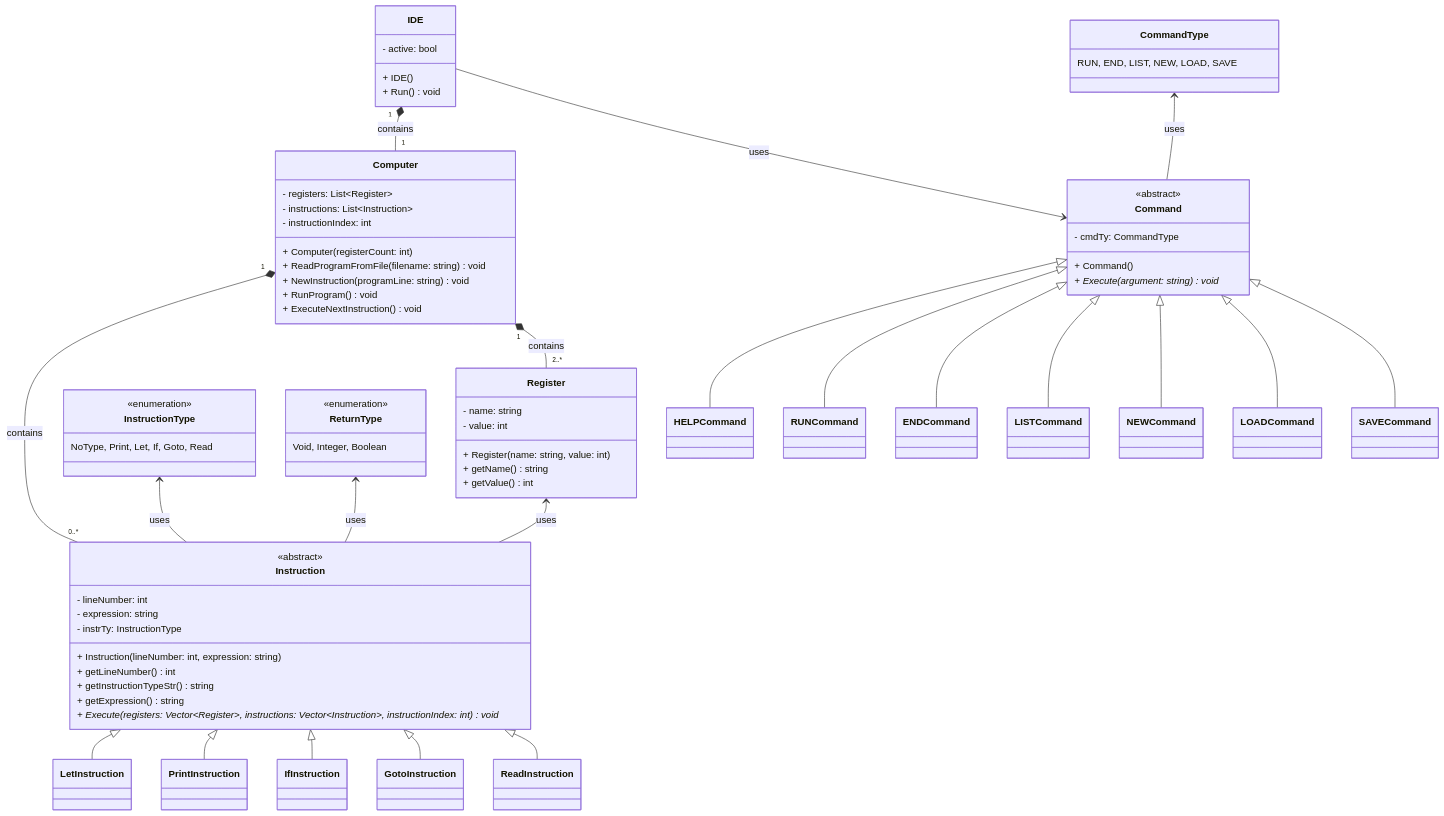
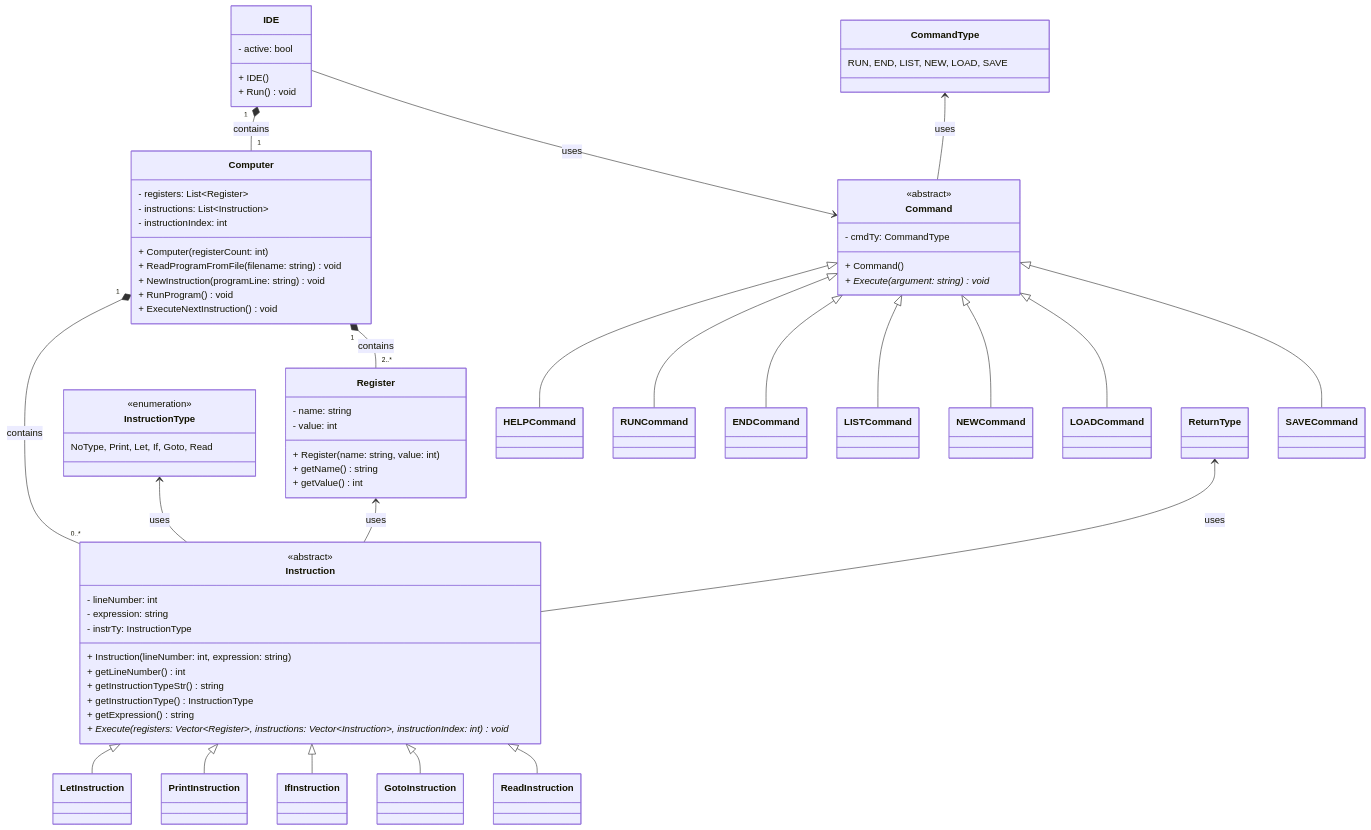
Before and after one commit to Spyro1/Basic-Lite-Interpreter: the diagram in Documentation/BASIC.md, drawn with Mermaid. The commit also changed 10 other files, not shown here.

````diff
--- a/Documentation/BASIC.md
+++ b/Documentation/BASIC.md
@@ -28,24 +28,6 @@
 ```mermaid
 classDiagram
     direction TB
-%%namespace BasicInterpreter {
-%%    class List~C~{
-%%        <<generic>>
-%%        - headPtr*: Node~C~
-%%        - count: int
-%%        + List()
-%%        + getCount() int
-%%        + Add(newItem: C) void
-%%        + Remove(toRemove: C*) bool
-%%        + Clear() void
-%%        + Sort() void
-%%        + operator[](idx: int) C
-%%    }
-%%    class Node { 
-%%        + dataPtr*: C
-%%        + next*: Node~C~ 
-%%    }
-    
     class Computer {
         - registers: List~Register~
         - instructions: List~Instruction~
@@ -67,10 +49,6 @@
         <<enumeration>>
         NoType, Print, Let, If, Goto, Read 
     }
-    class ReturnType{
-        <<enumeration>>
-        Void, Integer, Boolean
-    }
     class Instruction {
         <<abstract>>
         - lineNumber: int
@@ -79,6 +57,7 @@
         + Instruction(lineNumber: int, expression: string)
         + getLineNumber() int
         + getInstructionTypeStr() string
+        + getInstructionType() InstructionType
         + getExpression() string
         + Execute(registers: Vector~Register~, instructions: Vector~Instruction~, instructionIndex: int) void*
     }
@@ -88,7 +67,6 @@
     class IfInstruction
     class ReadInstruction
     
-%%namespace Interface {
     class IDE{
       - active: bool
       + IDE()
@@ -107,10 +85,8 @@
     class LISTCommand
     class NEWCommand
     class LOADCommand
-    class SAVECommand  
-%%}
-%%    direction TB
-%%}
+    class SAVECommand
+    
 %%    Computer --> List : uses   
 %%    List "1" *-- "0..*" Node : contains
     IDE "1" *-- "1" Computer : contains
````
